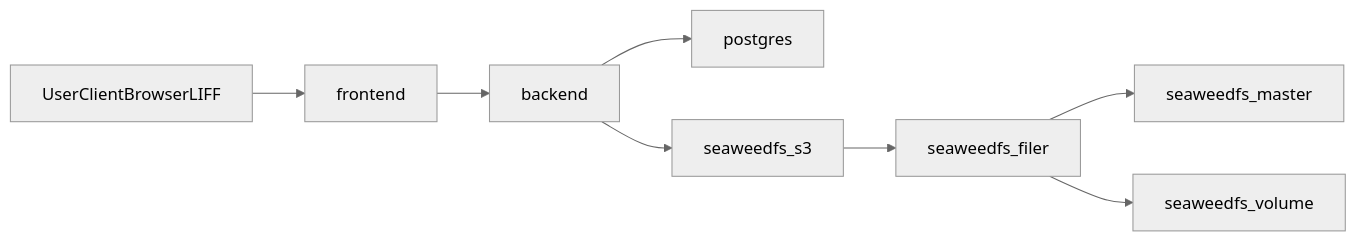
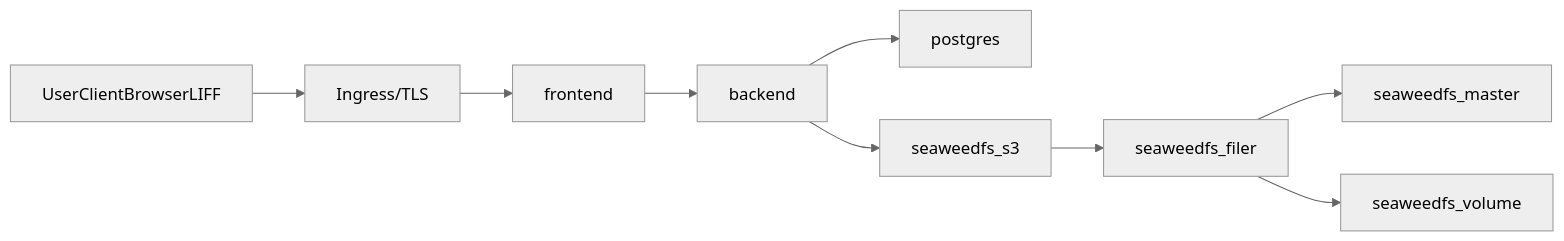
One commit to ruby0322/pd-care-monorepo changed the first of 3 diagrams in README.md. Above: the diagram before and after it, drawn with Mermaid (neutral theme). The commit also changed other lines of this file, not shown here.

First line of the commit message:
docs(readme): document dual-namespace K8s architecture

````diff
--- a/README.md
+++ b/README.md
@@ -66,10 +75,11 @@
 ```mermaid
 flowchart LR
-    userClient[UserClientBrowserLIFF] --> frontendSvc[frontend]
+    userClient[UserClientBrowserLIFF] --> ingress[Ingress/TLS]
+    ingress --> frontendSvc[frontend]
     frontendSvc --> backendSvc[backend]
     backendSvc --> postgresSvc[postgres]
     backendSvc --> seaweedS3Svc[seaweedfs_s3]
     seaweedS3Svc --> seaweedFilerSvc[seaweedfs_filer]
     seaweedFilerSvc --> seaweedMasterSvc[seaweedfs_master]
     seaweedFilerSvc --> seaweedVolumeSvc[seaweedfs_volume]
 ```
````
